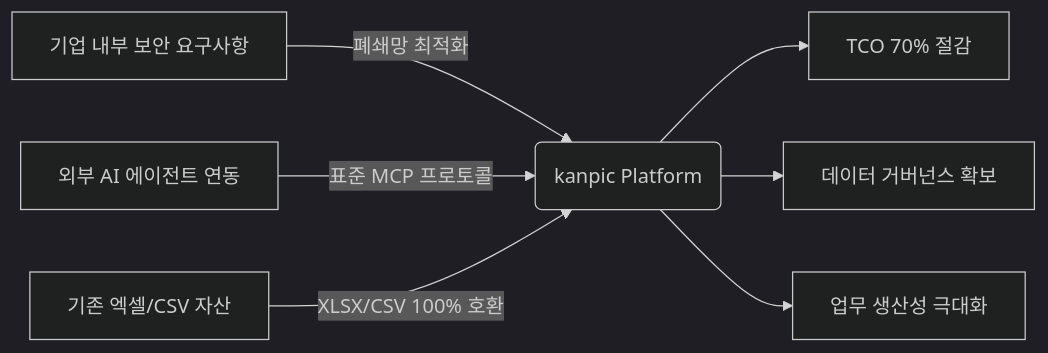
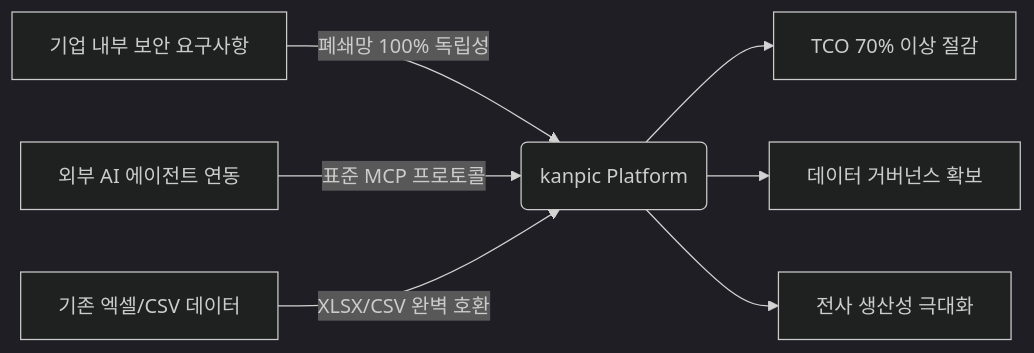
The first of 3 diagrams in docs/EXECUTIVE_REPORT.md (hkjang/kanpic), drawn with Mermaid (dark theme) before and after one commit. The commit also changed other lines of this file and 5 other files, not shown here.

````diff
--- a/docs/EXECUTIVE_REPORT.md
+++ b/docs/EXECUTIVE_REPORT.md
@@ -16,10 +16,10 @@
 ```mermaid
 graph LR
-    A[기업 내부 보안 요구사항] -->|폐쇄망 최적화| B(kanpic Platform)
+    A[기업 내부 보안 요구사항] -->|폐쇄망 100% 독립성| B(kanpic Platform)
     C[외부 AI 에이전트 연동] -->|표준 MCP 프로토콜| B
-    D[기존 엑셀/CSV 자산] -->|XLSX/CSV 100% 호환| B
-    
-    B --> E[TCO 70% 절감]
+    D[기존 엑셀/CSV 데이터] -->|XLSX/CSV 완벽 호환| B
+
+    B --> E[TCO 70% 이상 절감]
     B --> F[데이터 거버넌스 확보]
-    B --> G[업무 생산성 극대화]
+    B --> G[전사 생산성 극대화]
 ```
````
